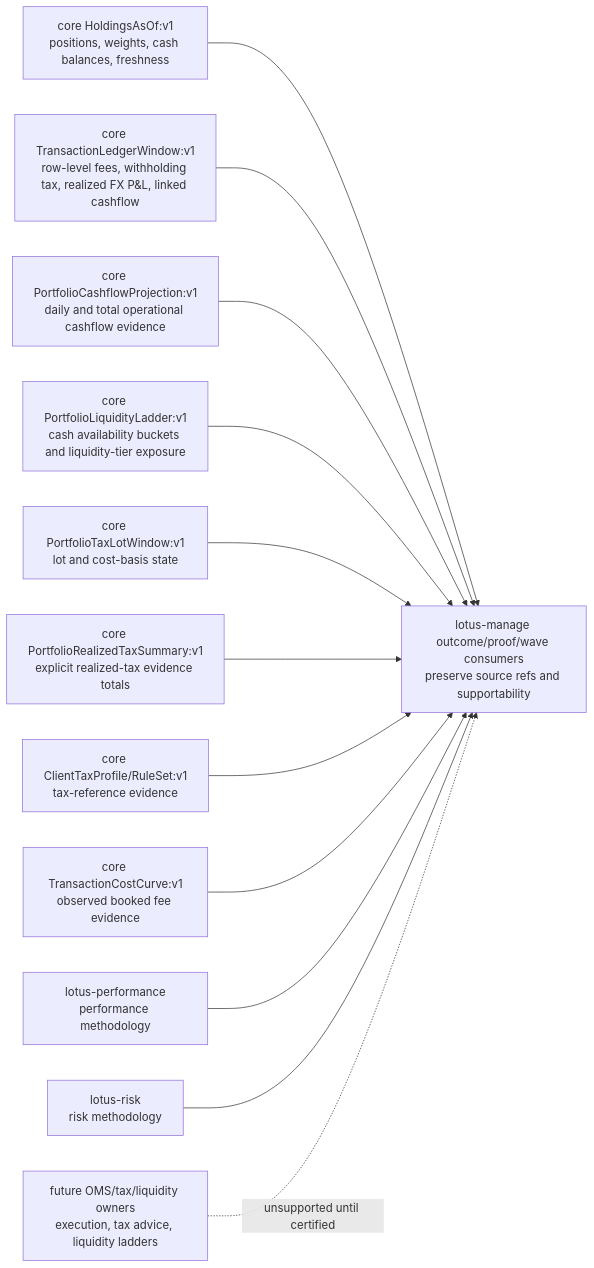
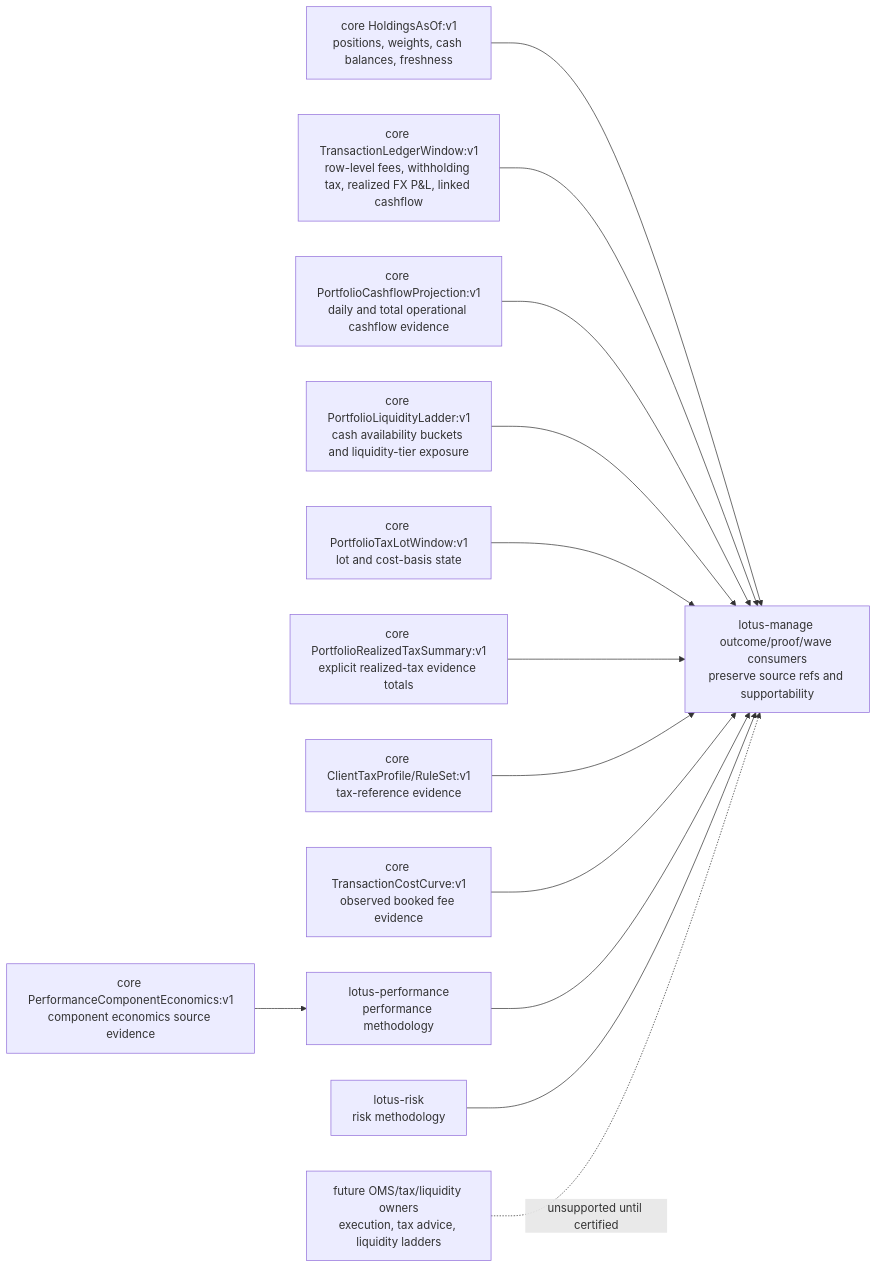
One commit to sgajbi/lotus-core changed the first of 3 diagrams in wiki/Mesh-Data-Products.md. Above: the diagram before and after it, drawn with Mermaid. The commit also changed other lines of this file and 6 other files, not shown here.

Commit message:
Document performance economics source product

````diff
--- a/wiki/Mesh-Data-Products.md
+++ b/wiki/Mesh-Data-Products.md
@@ -173,27 +185,29 @@
 ```mermaid
 flowchart LR
     CoreHoldings[core HoldingsAsOf:v1<br/>positions, weights, cash balances, freshness]
     CoreLedger[core TransactionLedgerWindow:v1<br/>row-level fees, withholding tax, realized FX P&L, linked cashflow]
     CoreCash[core PortfolioCashflowProjection:v1<br/>daily and total operational cashflow evidence]
     CoreLiquidity[core PortfolioLiquidityLadder:v1<br/>cash availability buckets and liquidity-tier exposure]
     CoreLots[core PortfolioTaxLotWindow:v1<br/>lot and cost-basis state]
     CoreRealizedTax[core PortfolioRealizedTaxSummary:v1<br/>explicit realized-tax evidence totals]
     CoreTax[core ClientTaxProfile/RuleSet:v1<br/>tax-reference evidence]
     CoreFees[core TransactionCostCurve:v1<br/>observed booked fee evidence]
+    CorePerfEconomics[core PerformanceComponentEconomics:v1<br/>component economics source evidence]
     Manage[lotus-manage outcome/proof/wave consumers<br/>preserve source refs and supportability]
     Perf[lotus-performance<br/>performance methodology]
     Risk[lotus-risk<br/>risk methodology]
     FutureOwners[future OMS/tax/liquidity owners<br/>execution, tax advice, liquidity ladders]
 
     CoreHoldings --> Manage
     CoreLedger --> Manage
     CoreCash --> Manage
     CoreLiquidity --> Manage
     CoreLots --> Manage
     CoreRealizedTax --> Manage
     CoreTax --> Manage
     CoreFees --> Manage
+    CorePerfEconomics --> Perf
     Perf --> Manage
     Risk --> Manage
     FutureOwners -. unsupported until certified .-> Manage
 ```
````
